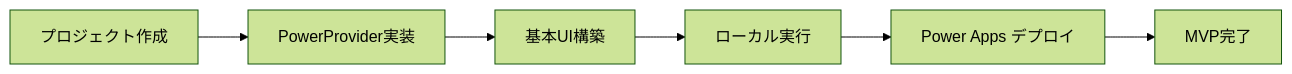
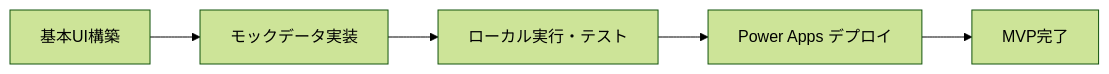
The second of 9 diagrams in README.md (PLUG365/DecisionFlow), drawn with Mermaid (forest theme) before and after one commit. The commit also changed other lines of this file, not shown here.

Commit message:
PowerProvider Project、エラーハンドリング

````diff
--- a/README.md
+++ b/README.md
@@ -17,8 +28,7 @@
 ```mermaid
 graph LR
-    A[プロジェクト作成] --> B[PowerProvider実装]
-    B --> C[基本UI構築]
-    C --> D[ローカル実行]
-    D --> E[Power Apps デプロイ]
-    E --> F[MVP完了]
+    A[基本UI構築] --> B[モックデータ実装]
+    B --> C[ローカル実行・テスト]
+    C --> D[Power Apps デプロイ]
+    D --> E[MVP完了]
 ```
````
